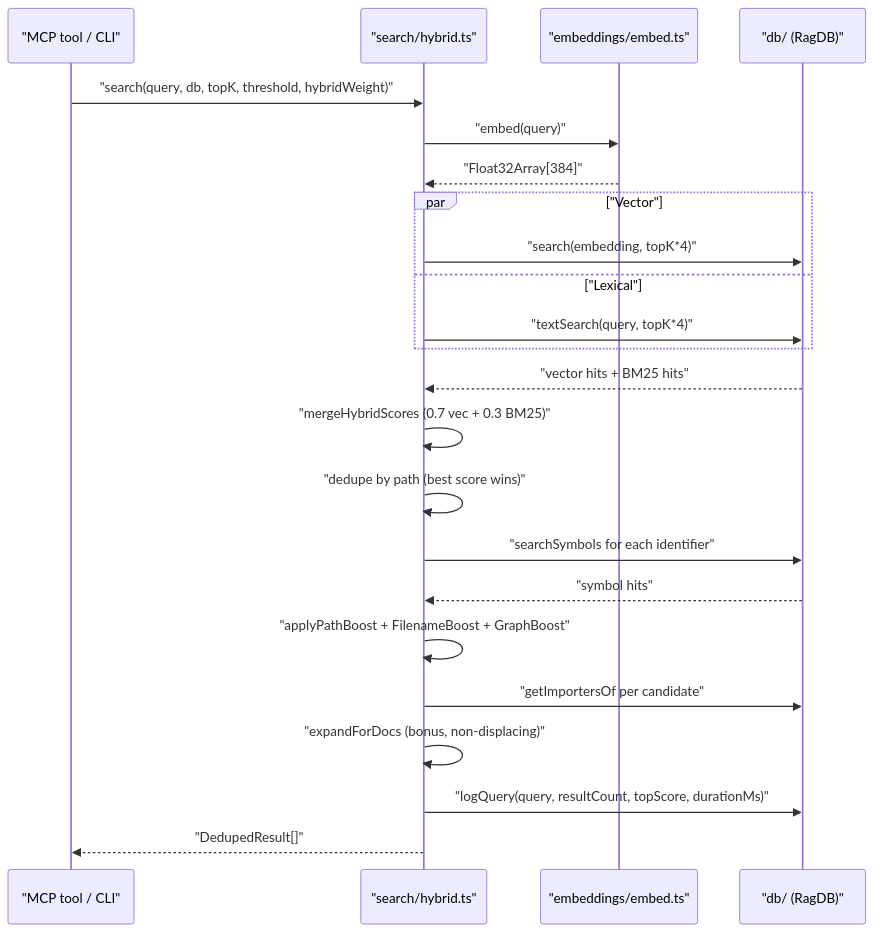
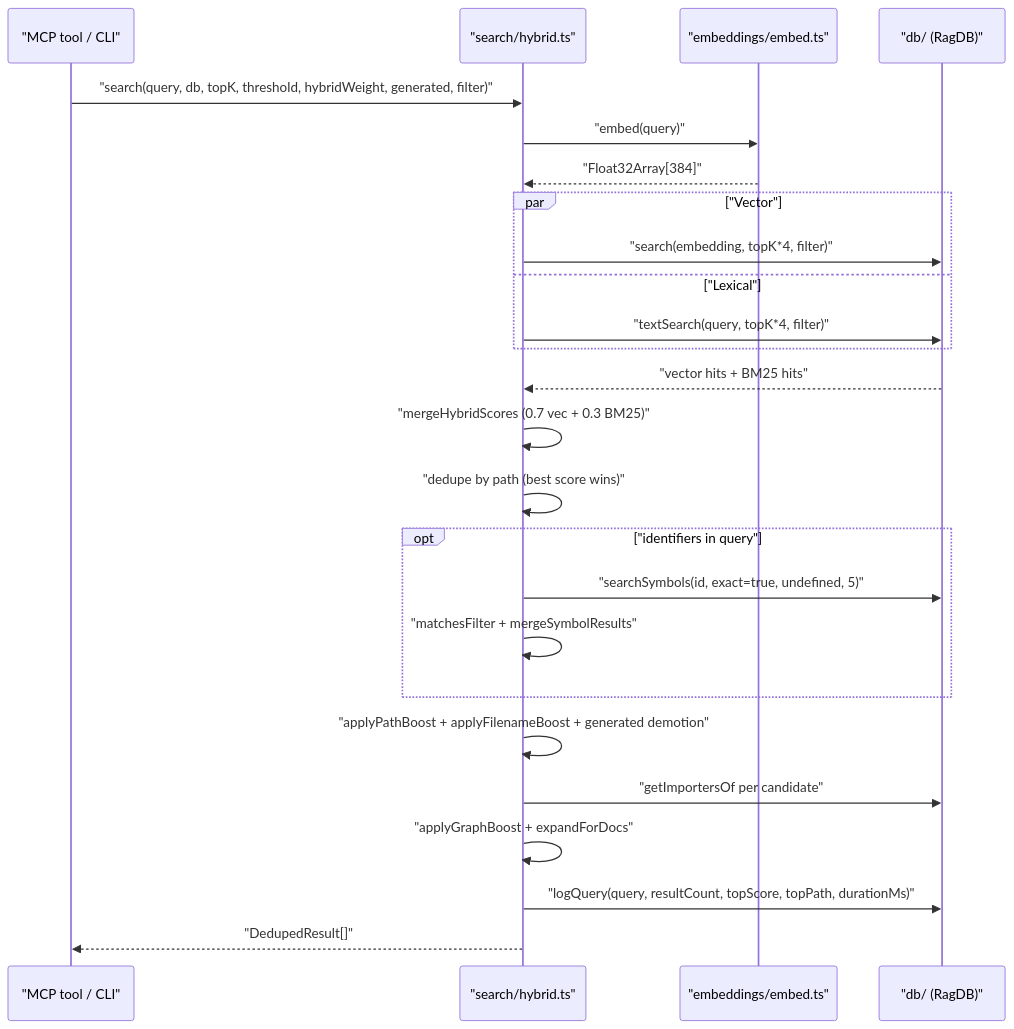
Before and after one commit to TheWinci/mimirs: the second of 4 diagrams in wiki/data-flows.md, drawn with Mermaid. The commit also changed other lines of this file and 33 other files, not shown here.

````diff
--- a/wiki/data-flows.md
+++ b/wiki/data-flows.md
@@ -57,26 +65,28 @@
 ```mermaid
 sequenceDiagram
   participant caller as "MCP tool / CLI"
   participant hybrid as "search/hybrid.ts"
   participant embed as "embeddings/embed.ts"
   participant db as "db/ (RagDB)"
 
-  caller->>hybrid: "search(query, db, topK, threshold, hybridWeight)"
+  caller->>hybrid: "search(query, db, topK, threshold, hybridWeight, generated, filter)"
   hybrid->>embed: "embed(query)"
   embed-->>hybrid: "Float32Array[384]"
   par "Vector"
-    hybrid->>db: "search(embedding, topK*4)"
+    hybrid->>db: "search(embedding, topK*4, filter)"
   and "Lexical"
-    hybrid->>db: "textSearch(query, topK*4)"
+    hybrid->>db: "textSearch(query, topK*4, filter)"
   end
   db-->>hybrid: "vector hits + BM25 hits"
   hybrid->>hybrid: "mergeHybridScores (0.7 vec + 0.3 BM25)"
   hybrid->>hybrid: "dedupe by path (best score wins)"
-  hybrid->>db: "searchSymbols for each identifier"
-  db-->>hybrid: "symbol hits"
-  hybrid->>hybrid: "applyPathBoost + FilenameBoost + GraphBoost"
+  opt "identifiers in query"
+    hybrid->>db: "searchSymbols(id, exact=true, undefined, 5)"
+    hybrid->>hybrid: "matchesFilter + mergeSymbolResults"
+  end
+  hybrid->>hybrid: "applyPathBoost + applyFilenameBoost + generated demotion"
   hybrid->>db: "getImportersOf per candidate"
-  hybrid->>hybrid: "expandForDocs (bonus, non-displacing)"
-  hybrid->>db: "logQuery(query, resultCount, topScore, durationMs)"
+  hybrid->>hybrid: "applyGraphBoost + expandForDocs"
+  hybrid->>db: "logQuery(query, resultCount, topScore, topPath, durationMs)"
   hybrid-->>caller: "DedupedResult[]"
 ```
````
